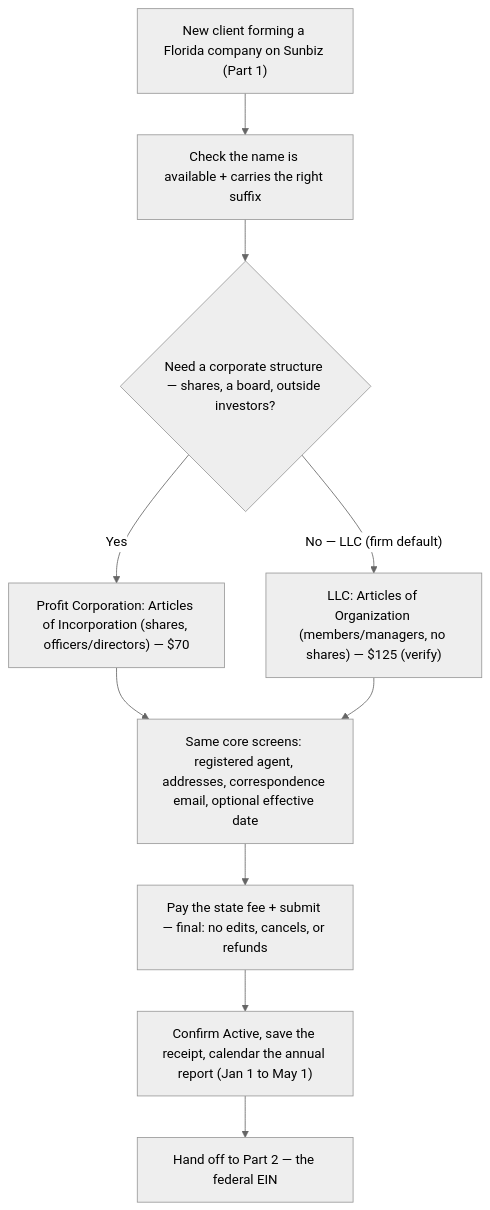
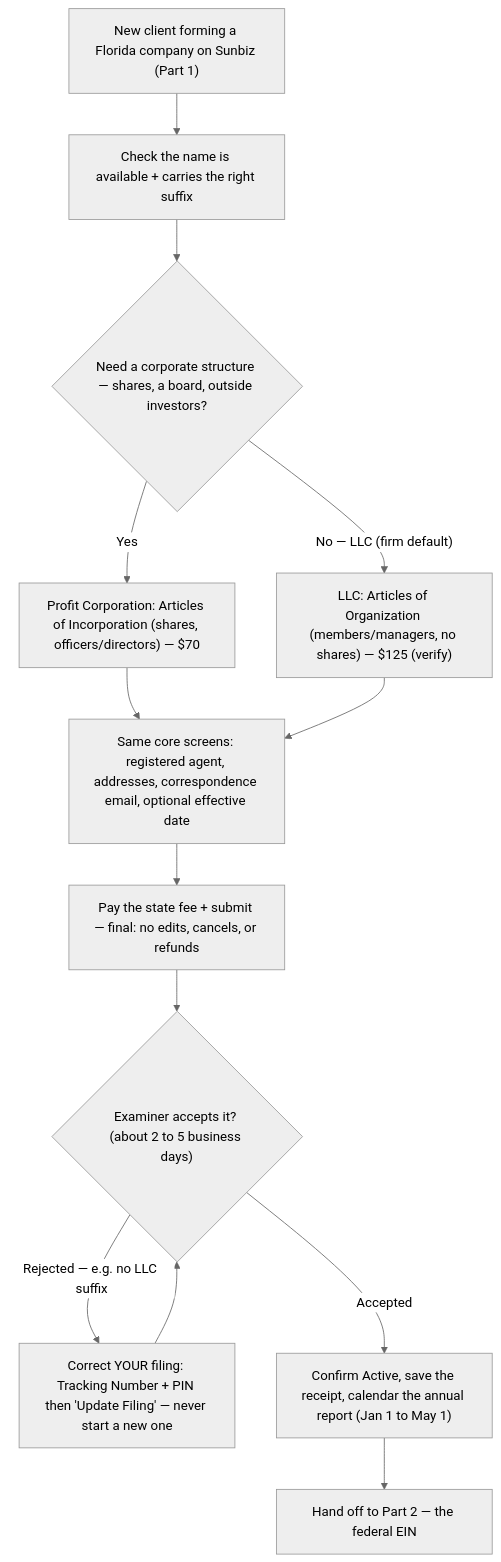
One commit to JuliaJKAcct/JKAccountingGroup changed the diagram in projects/sops/florida-company-formation-sunbiz.md. Above: the diagram before and after it, drawn with Mermaid (neutral theme). The commit also changed other lines of this file and 2 other files, not shown here.

First line of the commit message:
SOP: Florida formation — the LLC/Corp name suffix, correcting a rejection, processing times

````diff
--- a/projects/sops/florida-company-formation-sunbiz.md
+++ b/projects/sops/florida-company-formation-sunbiz.md
@@ -40,12 +88,15 @@
 ```mermaid
 flowchart TD
   A["New client forming a Florida company on Sunbiz (Part 1)"] --> B["Check the name is available + carries the right suffix"]
   B --> C{"Need a corporate structure — shares, a board, outside investors?"}
   C -- "Yes" --> D["Profit Corporation: Articles of Incorporation (shares, officers/directors) — $70"]
   C -- "No — LLC (firm default)" --> E["LLC: Articles of Organization (members/managers, no shares) — $125 (verify)"]
   D --> F["Same core screens: registered agent, addresses, correspondence email, optional effective date"]
   E --> F
   F --> G["Pay the state fee + submit — final: no edits, cancels, or refunds"]
-  G --> H["Confirm Active, save the receipt, calendar the annual report (Jan 1 to May 1)"]
+  G --> R{"Examiner accepts it? (about 2 to 5 business days)"}
+  R -- "Rejected — e.g. no LLC suffix" --> S["Correct YOUR filing: Tracking Number + PIN then 'Update Filing' — never start a new one"]
+  S --> R
+  R -- "Accepted" --> H["Confirm Active, save the receipt, calendar the annual report (Jan 1 to May 1)"]
   H --> I["Hand off to Part 2 — the federal EIN"]
 ```
````
